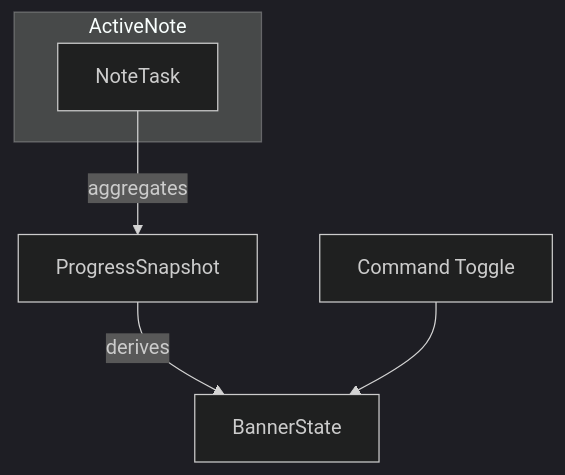
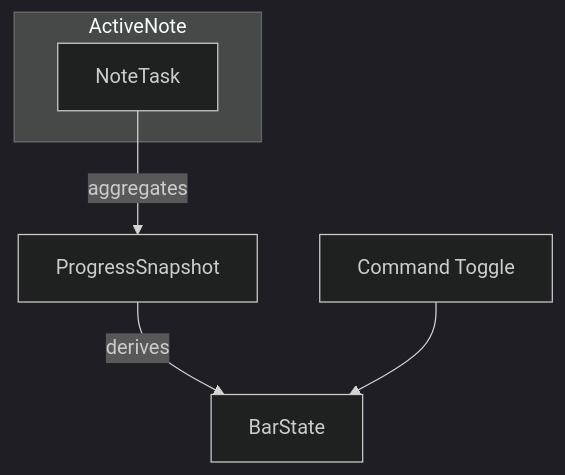
One commit to ryohma0510/obsidian-note-progressbar changed the diagram in specs/001-todo-progress/data-model.md. Above: the diagram before and after it, drawn with Mermaid (dark theme). The commit also changed other lines of this file and 15 other files, not shown here.

Commit message:
Rename progress banner to bar throughout

````diff
--- a/specs/001-todo-progress/data-model.md
+++ b/specs/001-todo-progress/data-model.md
@@ -41,9 +41,9 @@
 ```mermaid
 graph TD
     subgraph ActiveNote
         NT[NoteTask]
     end
     NT -->|aggregates| PS[ProgressSnapshot]
-    PS -->|derives| BS[BannerState]
+    PS -->|derives| BS[BarState]
     Toggle[Command Toggle] --> BS
 ```
````
